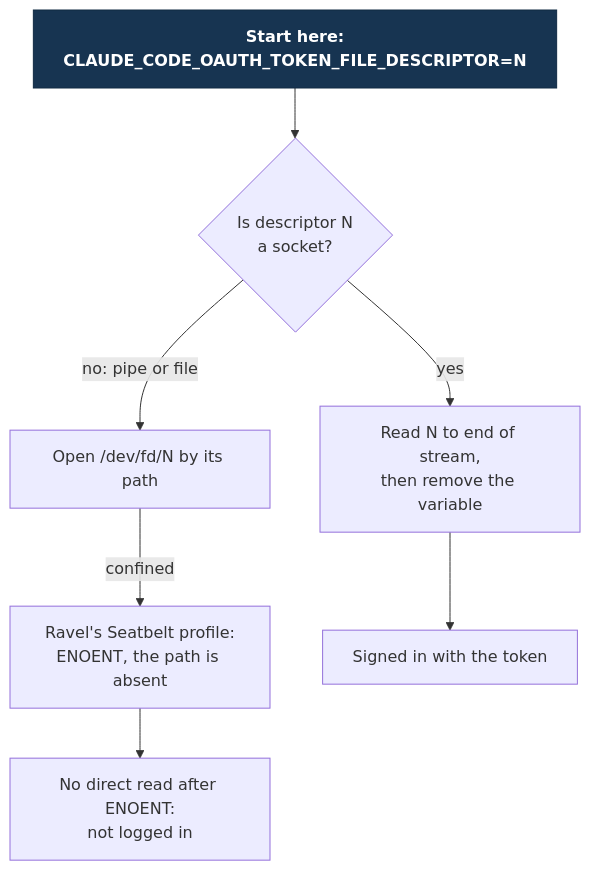
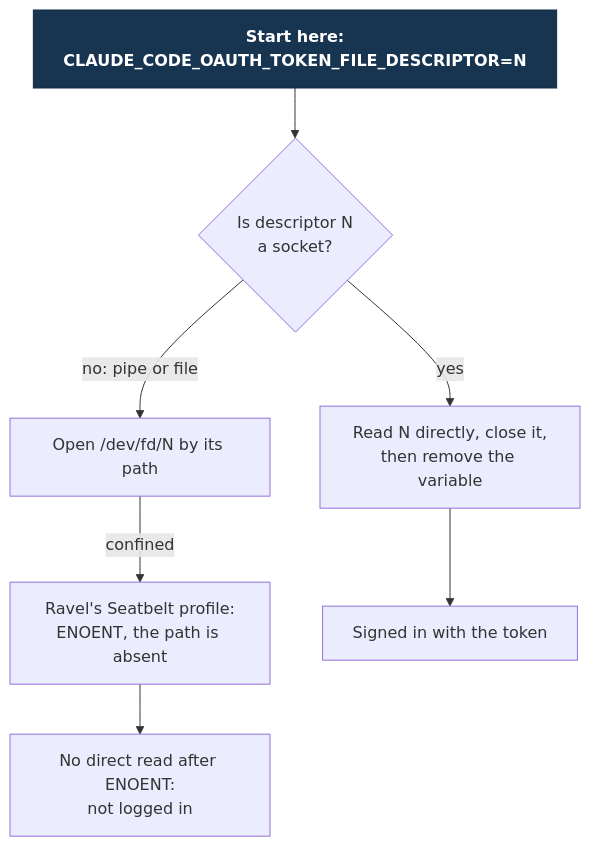
The diagram in docs/design/token-handoff/reader.mmd (Linkuistics/Ravel), drawn with Mermaid before and after one commit. The commit also changed 9 other files, not shown here.

```diff
--- a/docs/design/token-handoff/reader.mmd
+++ b/docs/design/token-handoff/reader.mmd
@@ -1,15 +1,15 @@
 flowchart TD
   start["Start here:<br/>CLAUDE_CODE_OAUTH_TOKEN_FILE_DESCRIPTOR=N"]:::start
   socket{"Is descriptor N<br/>a socket?"}
-  direct["Read N to end of stream,<br/>then remove the variable"]
+  direct["Read N directly, close it,<br/>then remove the variable"]
   path["Open /dev/fd/N by its path"]
   absent["Ravel's Seatbelt profile:<br/>ENOENT, the path is absent"]
   none["No direct read after ENOENT:<br/>not logged in"]
   signed["Signed in with the token"]
   start --> socket
   socket -->|yes| direct
   socket -->|no: pipe or file| path
   direct --> signed
   path -->|confined| absent
   absent --> none
   classDef start fill:#173451,color:#fff,stroke:#102a43,font-weight:bold
```
